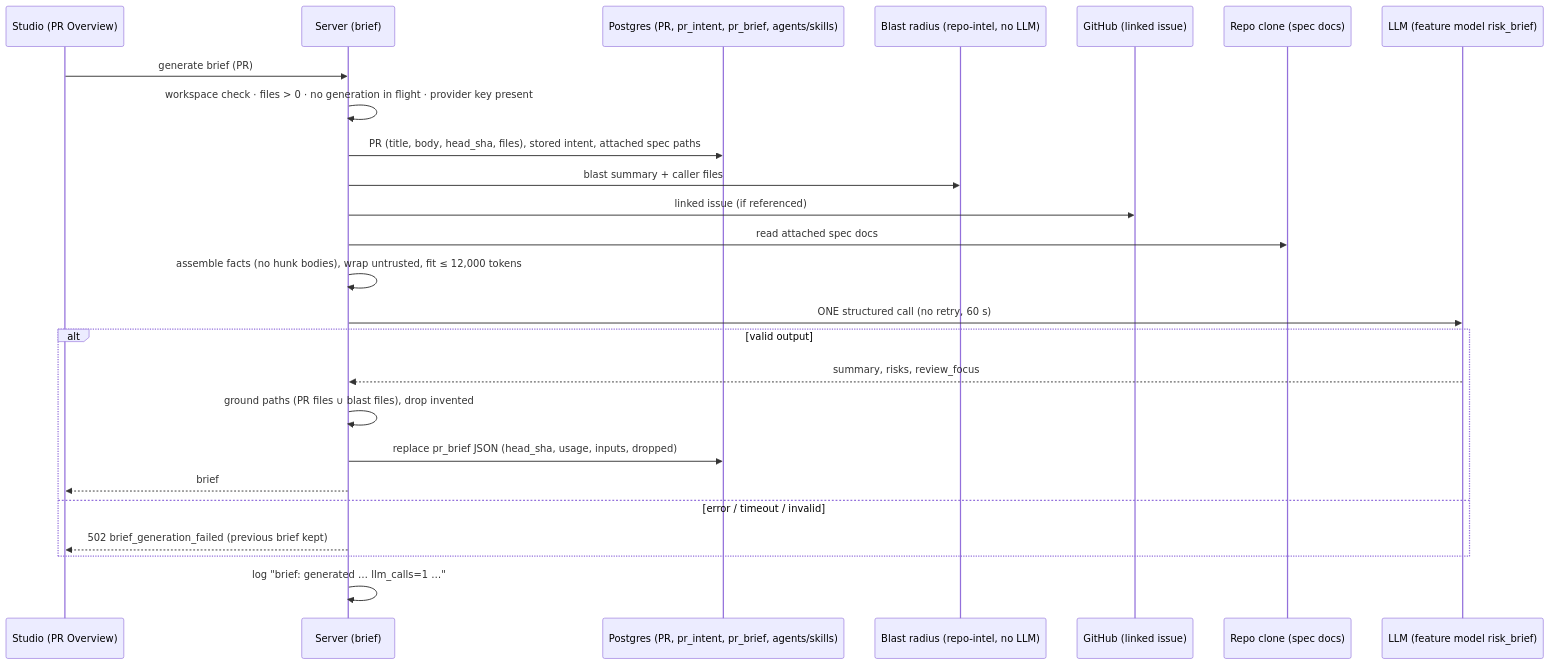
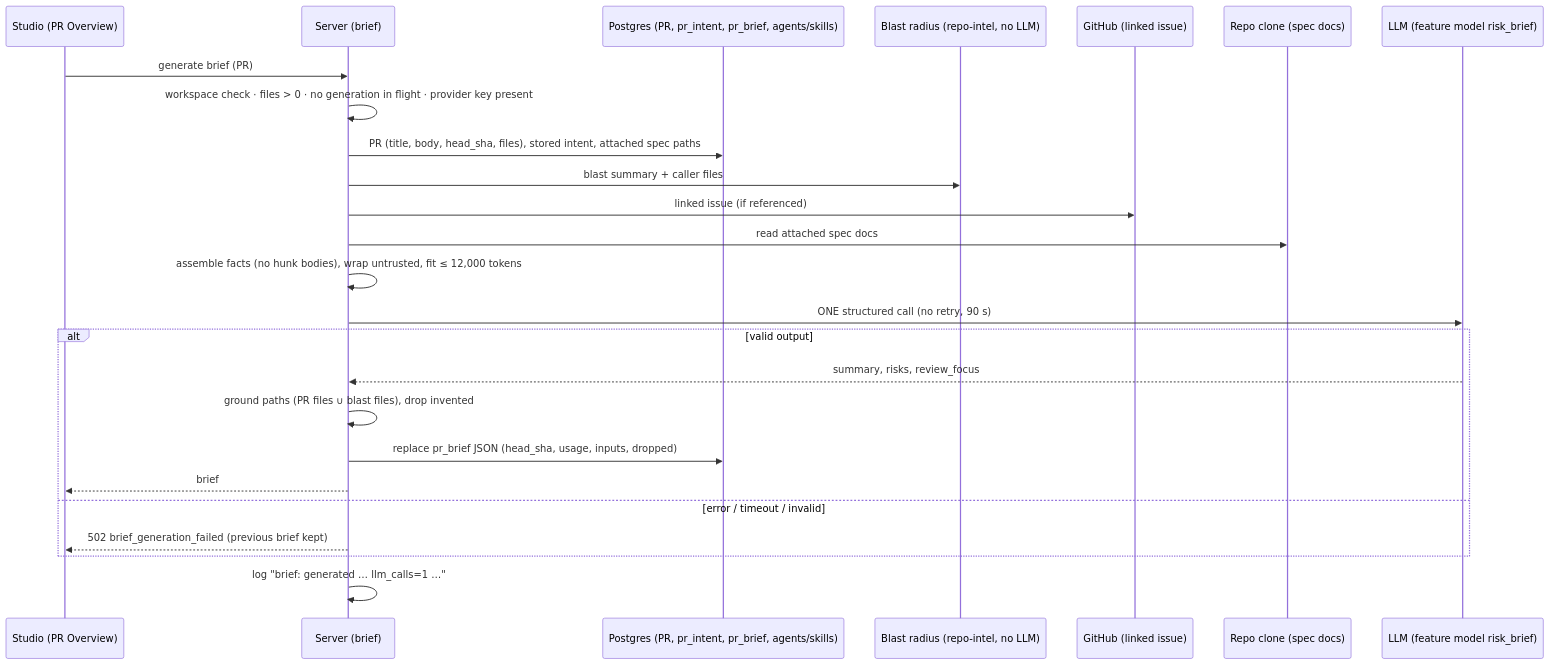
Before and after one commit to vzhut/dev-digest: the first of 2 diagrams in specs/2026-10-02-pr-brief.md, drawn with Mermaid. The commit also changed other lines of this file and 3 other files, not shown here.

````diff
--- a/specs/2026-10-02-pr-brief.md
+++ b/specs/2026-10-02-pr-brief.md
@@ -397,27 +397,27 @@
 ```mermaid
 sequenceDiagram
   participant UI as Studio (PR Overview)
   participant API as Server (brief)
   participant DB as Postgres (PR, pr_intent, pr_brief, agents/skills)
   participant RI as Blast radius (repo-intel, no LLM)
   participant GH as GitHub (linked issue)
   participant FS as Repo clone (spec docs)
   participant LLM as LLM (feature model risk_brief)
   UI->>API: generate brief (PR)
   API->>API: workspace check · files > 0 · no generation in flight · provider key present
   API->>DB: PR (title, body, head_sha, files), stored intent, attached spec paths
   API->>RI: blast summary + caller files
   API->>GH: linked issue (if referenced)
   API->>FS: read attached spec docs
   API->>API: assemble facts (no hunk bodies), wrap untrusted, fit ≤ 12,000 tokens
-  API->>LLM: ONE structured call (no retry, 60 s)
+  API->>LLM: ONE structured call (no retry, 90 s)
   alt valid output
     LLM-->>API: summary, risks, review_focus
     API->>API: ground paths (PR files ∪ blast files), drop invented
     API->>DB: replace pr_brief JSON (head_sha, usage, inputs, dropped)
     API-->>UI: brief
   else error / timeout / invalid
     API-->>UI: 502 brief_generation_failed (previous brief kept)
   end
   API->>API: log "brief: generated … llm_calls=1 …"
 ```
````
